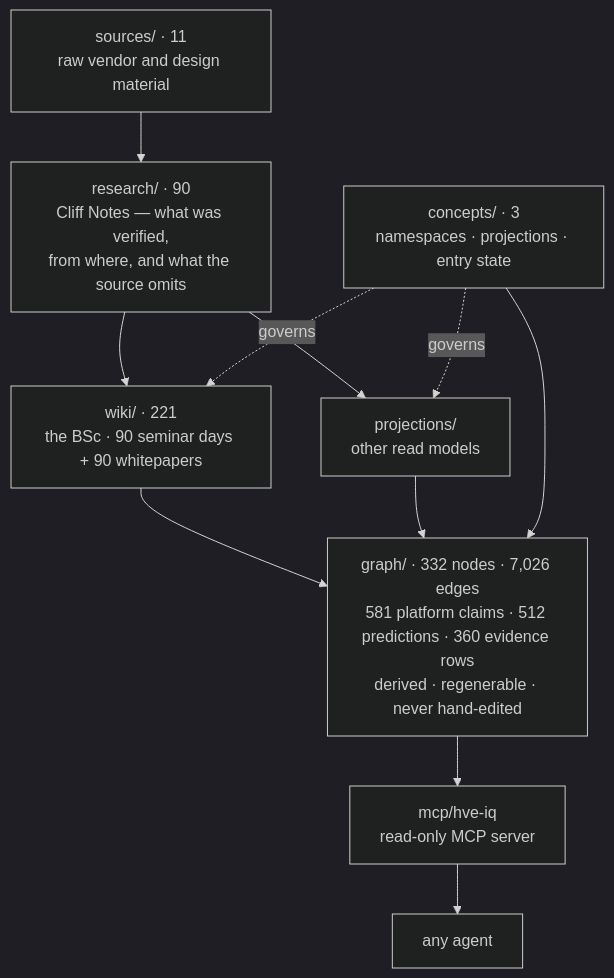
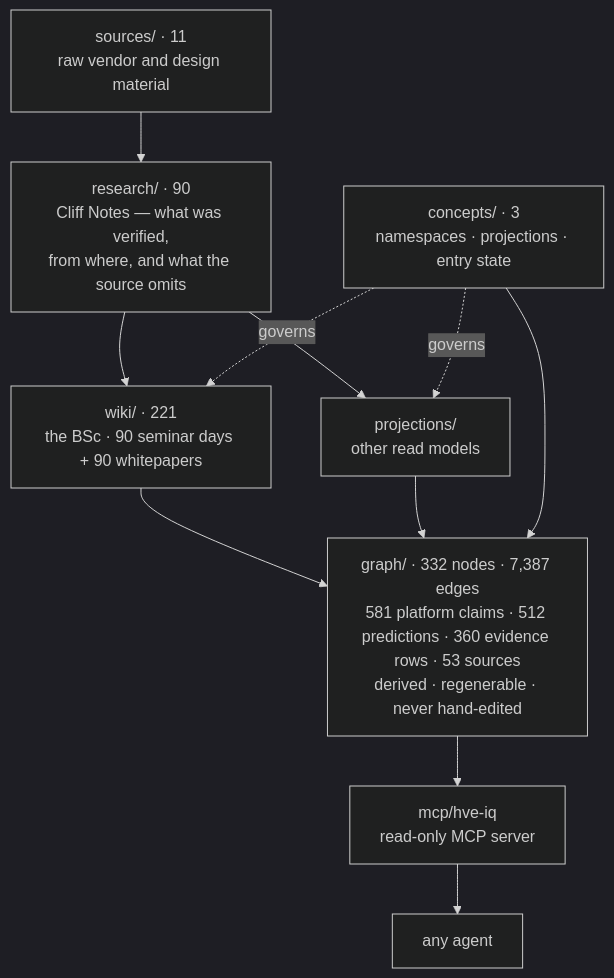
One commit to venturemavenwill/high-velocity-engineering changed the diagram in README.md. Above: the diagram before and after it, drawn with Mermaid (dark theme). The commit also changed other lines of this file and 99 other files, not shown here.

````diff
--- a/README.md
+++ b/README.md
@@ -13,14 +13,14 @@
 ```mermaid
 flowchart TD
   S["sources/ · 11<br/>raw vendor and design material"] --> R
   R["research/ · 90<br/>Cliff Notes — what was verified,<br/>from where, and what the source omits"] --> W
   R --> P
   W["wiki/ · 221<br/>the BSc · 90 seminar days + 90 whitepapers"]
   P["projections/<br/>other read models"]
   C["concepts/ · 3<br/>namespaces · projections · entry state"] -.governs.-> W
   C -.governs.-> P
   W --> G
   P --> G
   C --> G
-  G["graph/ · 332 nodes · 7,026 edges<br/>581 platform claims · 512 predictions · 360 evidence rows<br/>derived · regenerable · never hand-edited"] --> M["mcp/hve-iq<br/>read-only MCP server"] --> A["any agent"]
+  G["graph/ · 332 nodes · 7,387 edges<br/>581 platform claims · 512 predictions · 360 evidence rows · 53 sources<br/>derived · regenerable · never hand-edited"] --> M["mcp/hve-iq<br/>read-only MCP server"] --> A["any agent"]
 ```
````
